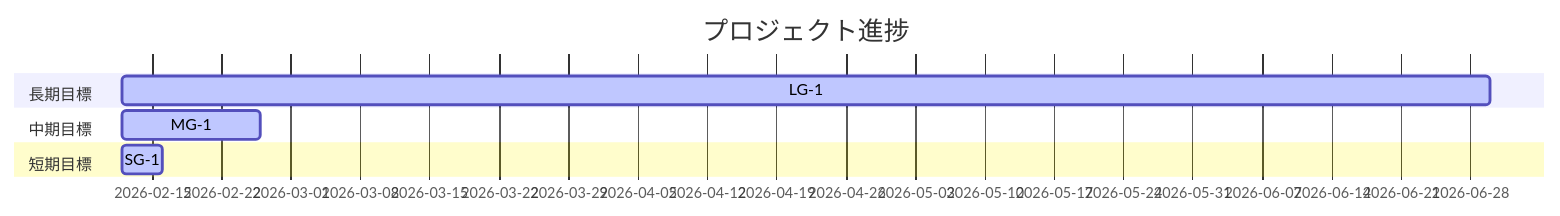
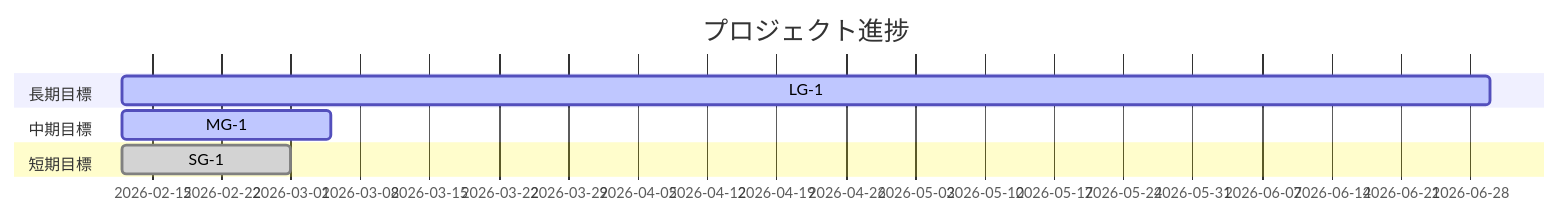
Before and after one commit to YuShimoji/UnityChatNovelGame: the diagram in docs/MILESTONE_PLAN.md, drawn with Mermaid. The commit also changed other lines of this file and 36 other files, not shown here.

````diff
--- a/docs/MILESTONE_PLAN.md
+++ b/docs/MILESTONE_PLAN.md
@@ -60,11 +61,11 @@
 ```mermaid
 gantt
     title プロジェクト進捗
     dateFormat  YYYY-MM-DD
     section 長期目標
     LG-1            :active, lg1, 2026-02-12, 2026-06-30
     section 中期目標
-    MG-1            :active, mg1, 2026-02-12, 2026-02-26
+    MG-1            :active, mg1, 2026-02-12, 2026-03-05
     section 短期目標
-    SG-1            :active, sg1, 2026-02-12, 2026-02-16
+    SG-1            :done, sg1, 2026-02-12, 2026-03-01
 ```
````
